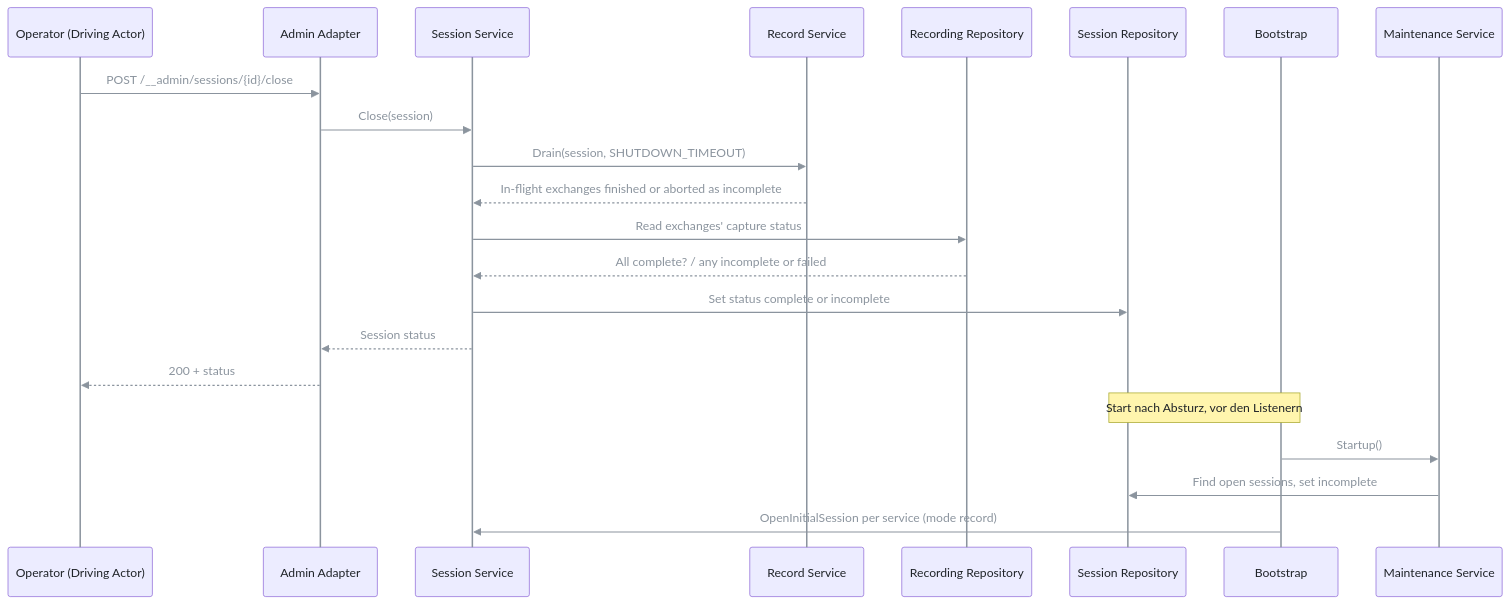
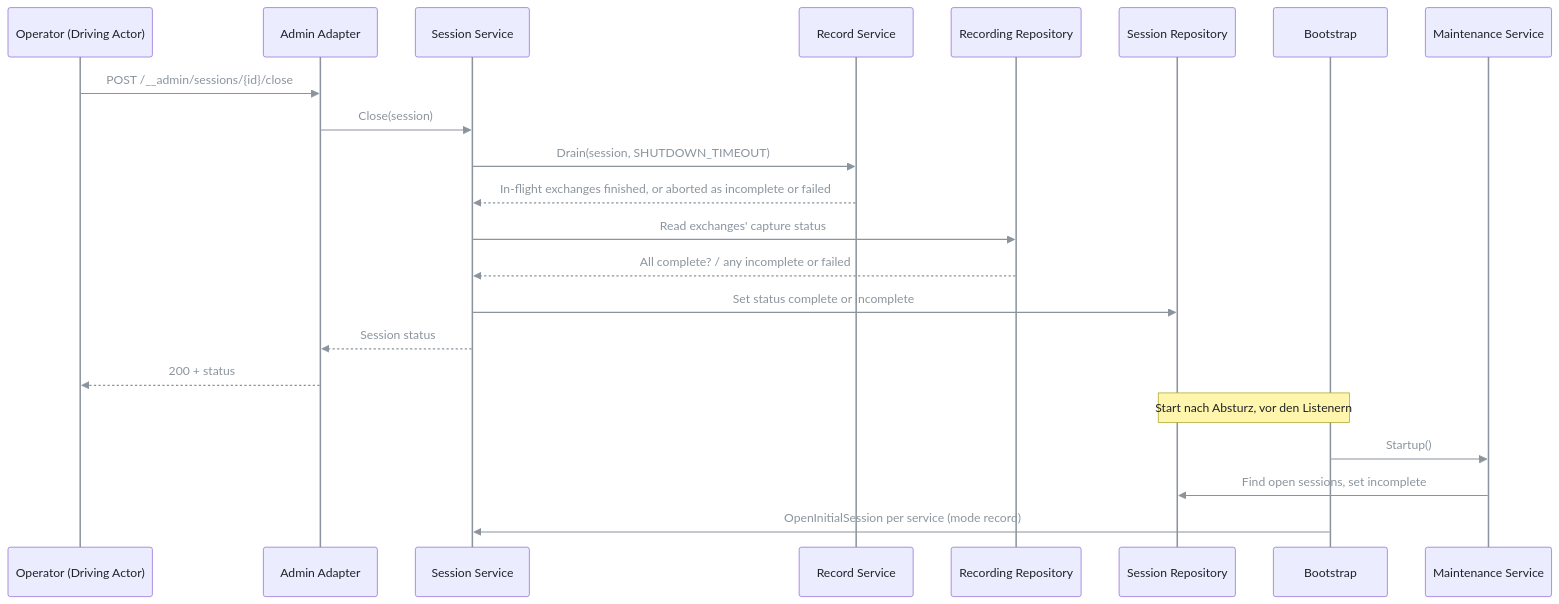
Diagram 11 of 11 in spec/architecture.md (pt9912/odata-recorder), drawn with Mermaid before and after one commit. The commit also changed other lines of this file and 3 other files, not shown here.

First line of the commit message:
Architect: Abbruch-Status, Nr. 14 und Nr. 15 von SPEC-119 widerspruchsfrei (LH-FA-02, LH-FA-14, LH-QA-02)

````diff
--- a/spec/architecture.md
+++ b/spec/architecture.md
@@ -538,25 +538,25 @@
 ```mermaid
 %%{init: {'themeVariables': {'lineColor': '#8b949e', 'signalColor': '#8b949e', 'signalTextColor': '#8b949e', 'actorLineColor': '#8b949e', 'loopTextColor': '#8b949e', 'textColor': '#c9d1d9', 'primaryTextColor': '#1f2328', 'nodeTextColor': '#1f2328', 'actorTextColor': '#1f2328', 'noteTextColor': '#1f2328', 'edgeLabelBackground': '#30363d'}}}%%
 sequenceDiagram
     participant O as Operator (Driving Actor)
     participant A as Admin Adapter
     participant S as Session Service
     participant P as Record Service
     participant X as Recording Repository
     participant R as Session Repository
     participant B as Bootstrap
     participant M as Maintenance Service
     O->>A: POST /__admin/sessions/{id}/close
     A->>S: Close(session)
     S->>P: Drain(session, SHUTDOWN_TIMEOUT)
-    P-->>S: In-flight exchanges finished or aborted as incomplete
+    P-->>S: In-flight exchanges finished, or aborted as incomplete or failed
     S->>X: Read exchanges' capture status
     X-->>S: All complete? / any incomplete or failed
     S->>R: Set status complete or incomplete
     S-->>A: Session status
     A-->>O: 200 + status
     Note over B,R: Start nach Absturz, vor den Listenern
     B->>M: Startup()
     M->>R: Find open sessions, set incomplete
     B->>S: OpenInitialSession per service (mode record)
 ```
````
